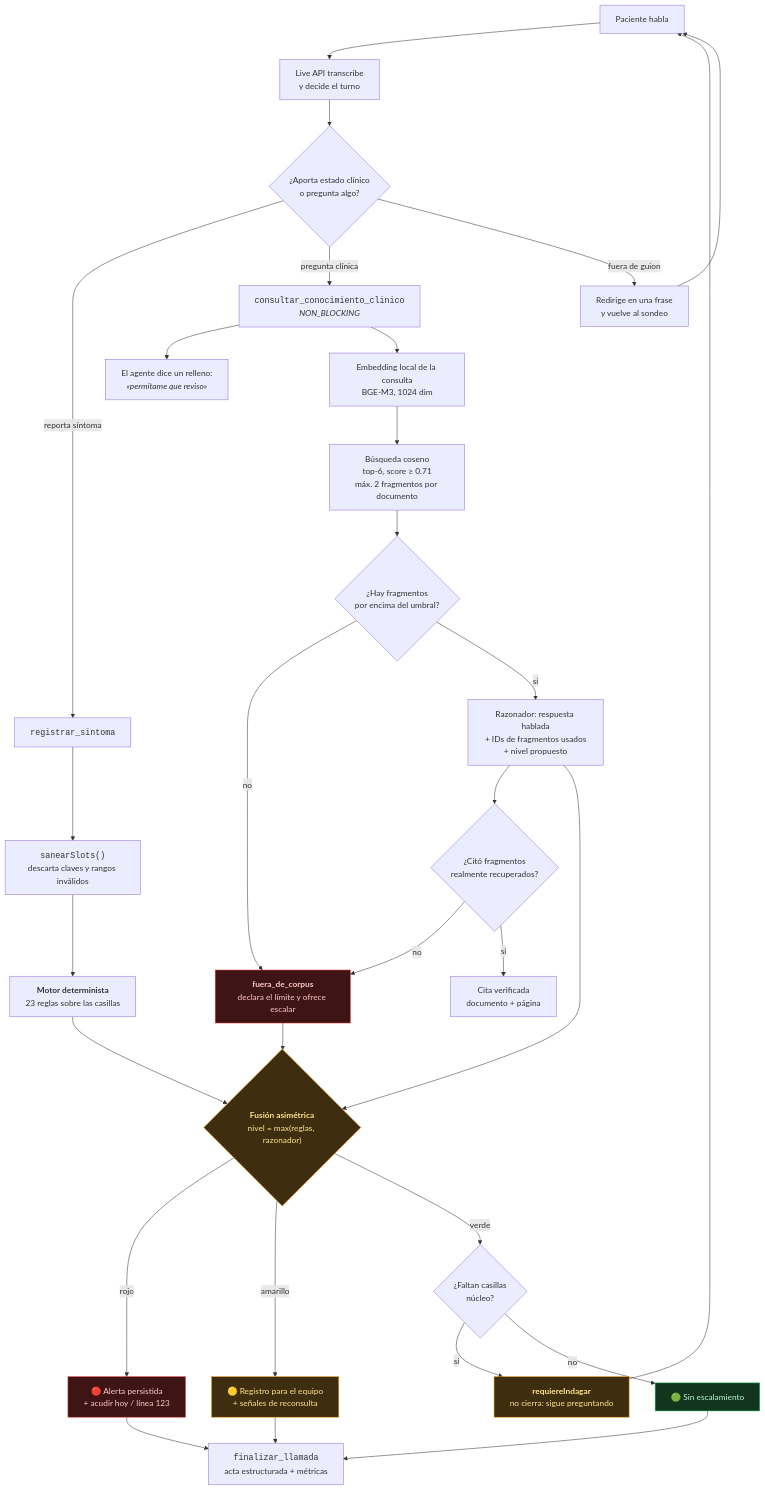
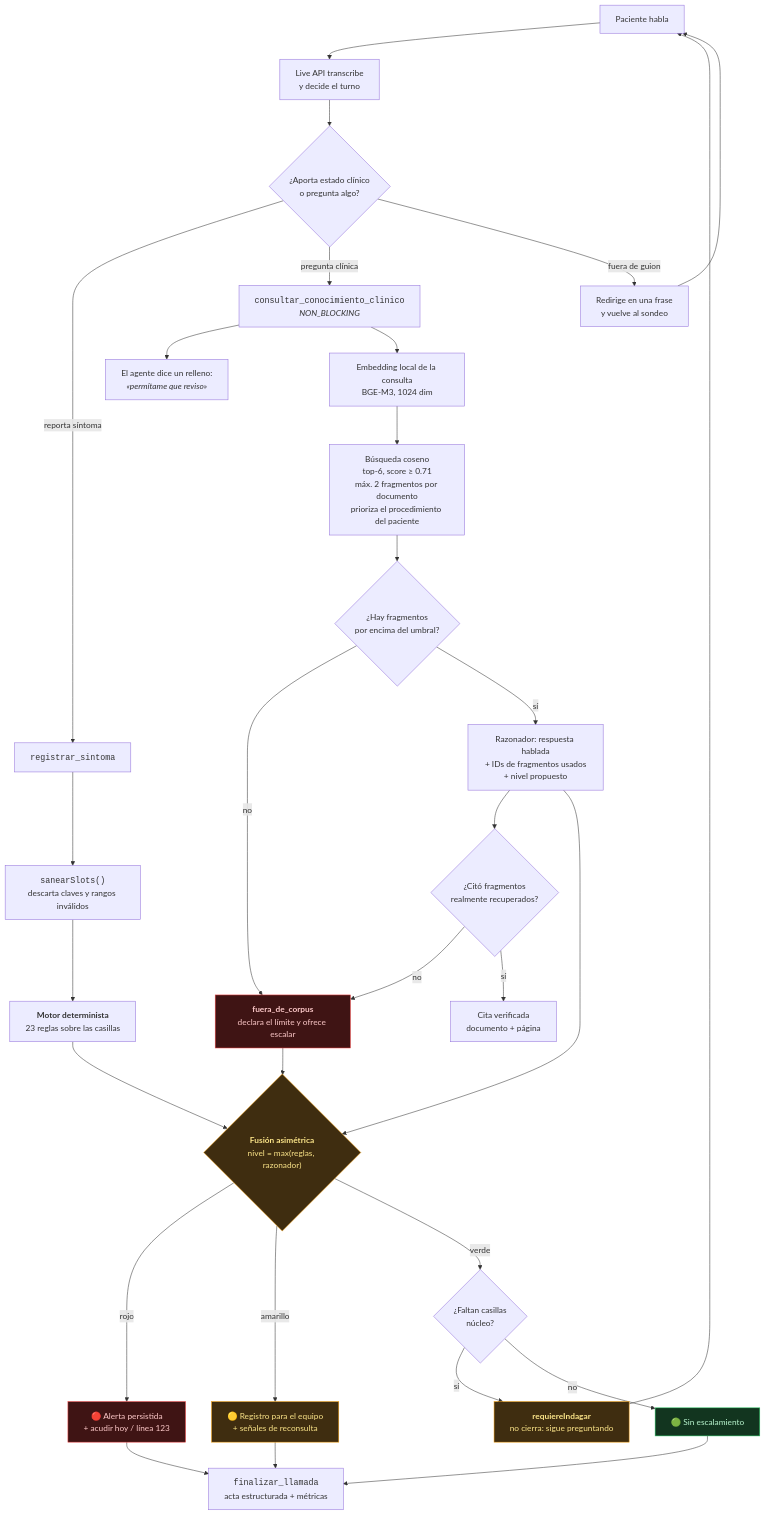
One commit to diegolarte/ai-voice-agent-post-operatorio changed the second of 3 diagrams in docs/ARQUITECTURA.md. Above: the diagram before and after it, drawn with Mermaid. The commit also changed 6 other files, not shown here.

First line of the commit message:
La recuperación prioriza el procedimiento del paciente

````diff
--- a/docs/ARQUITECTURA.md
+++ b/docs/ARQUITECTURA.md
@@ -87,45 +87,45 @@
 ```mermaid
 flowchart TD
     A["Paciente habla"] --> B["Live API transcribe<br/>y decide el turno"]
     B --> C{"¿Aporta estado clínico<br/>o pregunta algo?"}
 
     C -->|"reporta síntoma"| D["<code>registrar_sintoma</code>"]
     C -->|"pregunta clínica"| E["<code>consultar_conocimiento_clinico</code><br/><i>NON_BLOCKING</i>"]
     C -->|"fuera de guion"| F["Redirige en una frase<br/>y vuelve al sondeo"] --> A
 
     D --> G["<code>sanearSlots()</code><br/>descarta claves y rangos inválidos"]
     G --> RULES
 
     E --> E1["El agente dice un relleno:<br/><i>«permítame que reviso»</i>"]
     E --> H["Embedding local de la consulta<br/>BGE-M3, 1024 dim"]
-    H --> I["Búsqueda coseno<br/>top-6, score ≥ 0.71<br/>máx. 2 fragmentos por documento"]
+    H --> I["Búsqueda coseno<br/>top-6, score ≥ 0.71<br/>máx. 2 fragmentos por documento<br/>prioriza el procedimiento del paciente"]
     I --> J{"¿Hay fragmentos<br/>por encima del umbral?"}
     J -->|no| K["<b>fuera_de_corpus</b><br/>declara el límite y ofrece escalar"]
     J -->|sí| L["Razonador: respuesta hablada<br/>+ IDs de fragmentos usados<br/>+ nivel propuesto"]
     L --> M{"¿Citó fragmentos<br/>realmente recuperados?"}
     M -->|no| K
     M -->|sí| N["Cita verificada<br/>documento + página"]
 
     RULES["<b>Motor determinista</b><br/>23 reglas sobre las casillas"] --> O
     L --> O
     K --> O
 
     O{"<b>Fusión asimétrica</b><br/>nivel = max(reglas, razonador)"}
     O -->|rojo| P["🔴 Alerta persistida<br/>+ acudir hoy / línea 123"]
     O -->|amarillo| Q["🟡 Registro para el equipo<br/>+ señales de reconsulta"]
     O -->|verde| R{"¿Faltan casillas<br/>núcleo?"}
 
     R -->|sí| S["<b>requiereIndagar</b><br/>no cierra: sigue preguntando"] --> A
     R -->|no| T["🟢 Sin escalamiento"]
 
     P --> U["<code>finalizar_llamada</code><br/>acta estructurada + métricas"]
     Q --> U
     T --> U
 
     classDef rojo fill:#3f1414,stroke:#ef4444,color:#fecaca
     classDef amar fill:#3f2d10,stroke:#f59e0b,color:#fde68a
     classDef verde fill:#12351f,stroke:#22c55e,color:#bbf7d0
     class P,K rojo
     class Q,S,O amar
     class T verde
 ```
````
